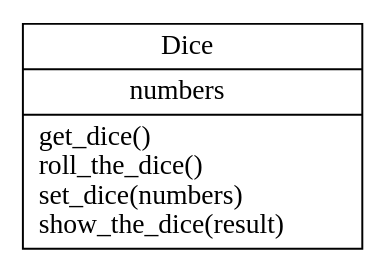
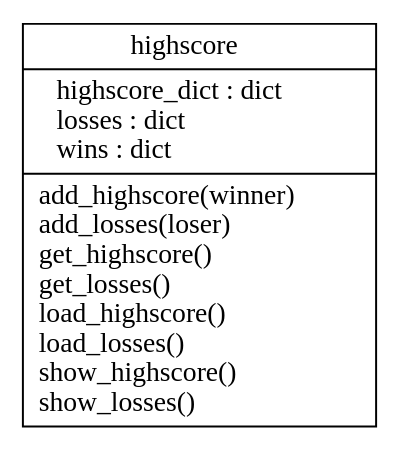
One commit to FriddeFrid91/Pig_Game changed the diagram in classes.dot. Above: the diagram before and after it, drawn with Graphviz. The commit also changed 2 other files, not shown here.

```diff
--- a/classes.dot
+++ b/classes.dot
@@ -1,5 +1,5 @@
 digraph "classes" {
 rankdir=BT
 charset="utf-8"
-"Pig_Game.Dice.Dice" [color="black", fontcolor="black", label=<{Dice|numbers<br ALIGN="LEFT"/>|get_dice()<br ALIGN="LEFT"/>roll_the_dice()<br ALIGN="LEFT"/>set_dice(numbers)<br ALIGN="LEFT"/>show_the_dice(result)<br ALIGN="LEFT"/>}>, shape="record", style="solid"];
+"Pig_Game.highscore.highscore" [color="black", fontcolor="black", label=<{highscore|highscore_dict : dict<br ALIGN="LEFT"/>losses : dict<br ALIGN="LEFT"/>wins : dict<br ALIGN="LEFT"/>|add_highscore(winner)<br ALIGN="LEFT"/>add_losses(loser)<br ALIGN="LEFT"/>get_highscore()<br ALIGN="LEFT"/>get_losses()<br ALIGN="LEFT"/>load_highscore()<br ALIGN="LEFT"/>load_losses()<br ALIGN="LEFT"/>show_highscore()<br ALIGN="LEFT"/>show_losses()<br ALIGN="LEFT"/>}>, shape="record", style="solid"];
 }
```
